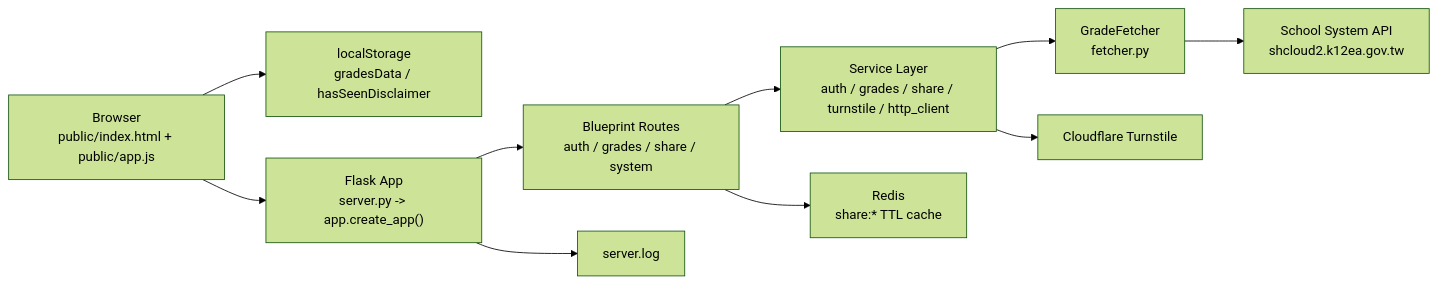
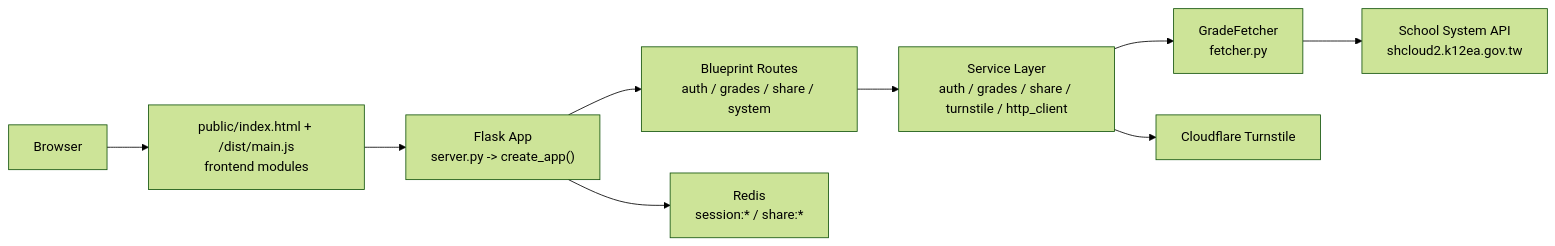
The first of 3 diagrams in docs/ARCHITECTURE.md (alvin000009238/grades), drawn with Mermaid (forest theme) before and after one commit. The commit also changed other lines of this file and 2 other files, not shown here.

Commit message:
feat: replace print with structured logger in fetcher.py

````diff
--- a/docs/ARCHITECTURE.md
+++ b/docs/ARCHITECTURE.md
@@ -22,23 +24,21 @@
 ```mermaid
 flowchart LR
-    Browser["Browser<br/>public/index.html + public/app.js"]
-    Local["localStorage<br/>gradesData / hasSeenDisclaimer"]
-    Flask["Flask App<br/>server.py -> app.create_app()"]
-    Routes["Blueprint Routes<br/>auth / grades / share / system"]
-    Services["Service Layer<br/>auth / grades / share / turnstile / http_client"]
+    User["Browser"]
+    FE["public/index.html + /dist/main.js<br/>frontend modules"]
+    Flask["Flask App<br/>server.py -> create_app()"]
+    BP["Blueprint Routes<br/>auth / grades / share / system"]
+    SVC["Service Layer<br/>auth / grades / share / turnstile / http_client"]
     Fetcher["GradeFetcher<br/>fetcher.py"]
     School["School System API<br/>shcloud2.k12ea.gov.tw"]
-    Turnstile["Cloudflare Turnstile"]
-    Redis["Redis<br/>share:* TTL cache"]
-    Log["server.log"]
+    Redis["Redis<br/>session:* / share:*"]
+    CF["Cloudflare Turnstile"]
 
-    Browser --> Flask
-    Browser --> Local
-    Flask --> Routes
-    Routes --> Services
-    Services --> Fetcher
+    User --> FE
+    FE --> Flask
+    Flask --> BP
+    BP --> SVC
+    SVC --> Fetcher
     Fetcher --> School
-    Services --> Turnstile
-    Routes --> Redis
-    Flask --> Log
+    SVC --> CF
+    Flask --> Redis
 ```
````
